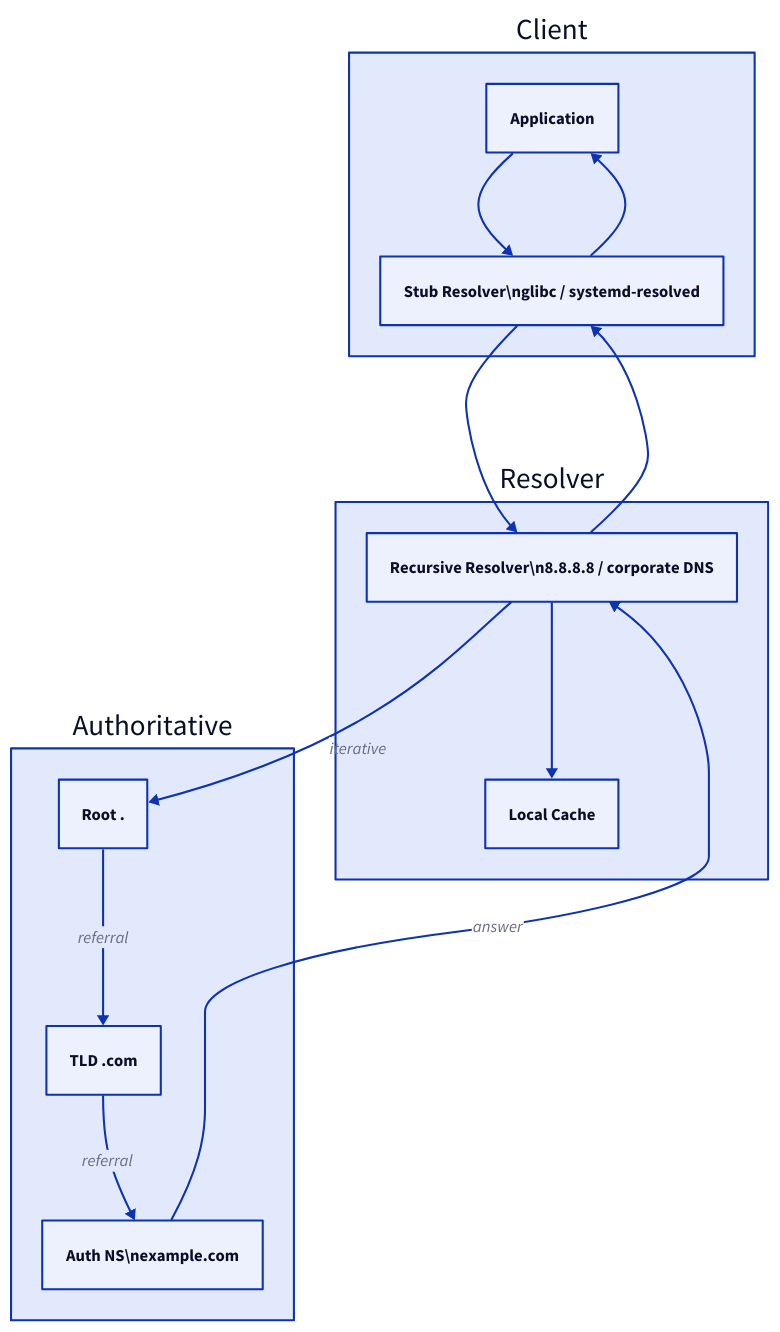
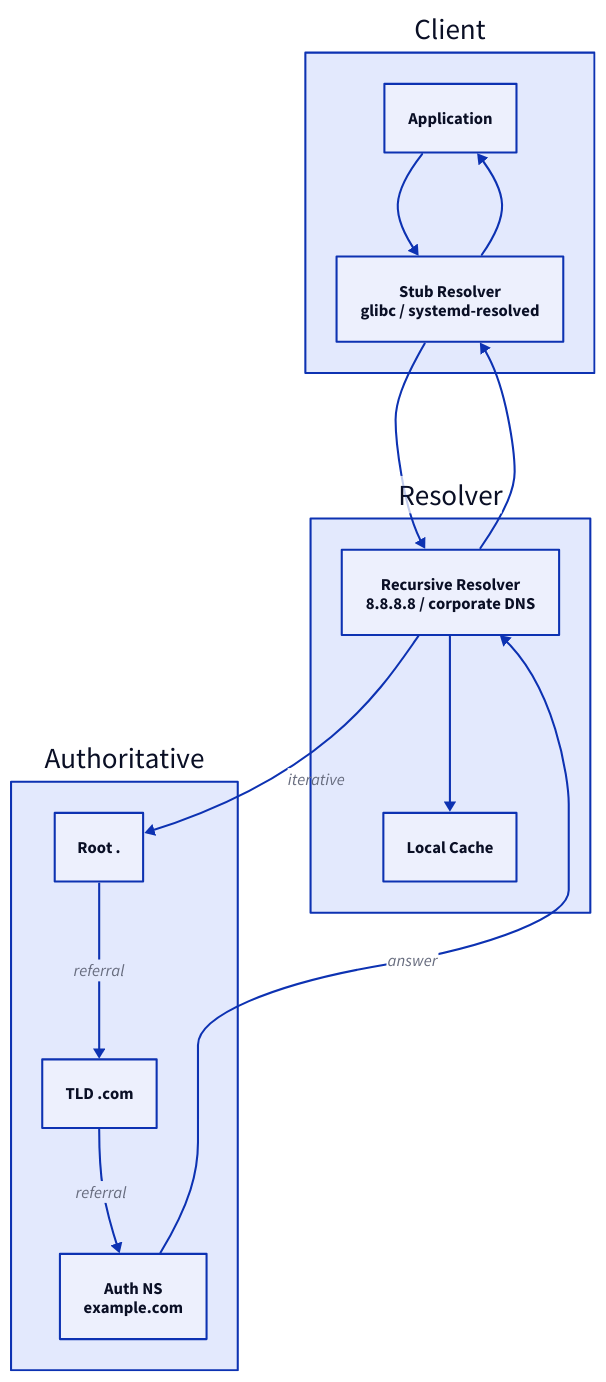
One commit to rebash-rebash/rebash-academy changed the diagram in docs/networking/dns-fundamentals.md. Above: the diagram before and after it, drawn with D2. The commit also changed 177 other files, not shown here.

First line of the commit message:
Ship Terraform track, diagram polish, and new brand favicon.

````diff
--- a/docs/networking/dns-fundamentals.md
+++ b/docs/networking/dns-fundamentals.md
@@ -50,26 +50,26 @@
 ```d2
 direction: down
 
 Client: Client {
         APP: Application
-        STUB: "Stub Resolver\\nglibc / systemd-resolved"
+        STUB: "Stub Resolver\nglibc / systemd-resolved"
     }
     Resolver: Resolver {
-        REC: "Recursive Resolver\\n8.8.8.8 / corporate DNS"
+        REC: "Recursive Resolver\n8.8.8.8 / corporate DNS"
         CACHE: "Local Cache"
     }
     Authoritative: Authoritative {
         ROOT: "Root ."
         TLD: "TLD .com"
-        AUTH: "Auth NS\\nexample.com"
+        AUTH: "Auth NS\nexample.com"
     }
     Client.APP -> Client.STUB
     Client.STUB -> Resolver.REC
     Resolver.REC -> Resolver.CACHE
     Resolver.REC -> Authoritative.ROOT: iterative
     Authoritative.ROOT -> Authoritative.TLD: referral
     Authoritative.TLD -> Authoritative.AUTH: referral
     Authoritative.AUTH -> Resolver.REC: answer
     Resolver.REC -> Client.STUB
     Client.STUB -> Client.APP
 ```
````
